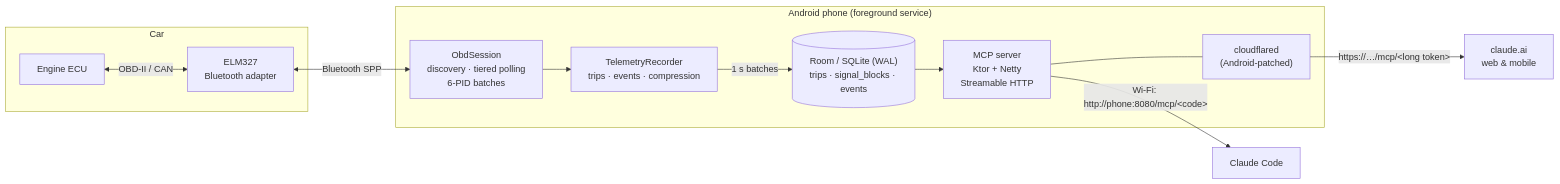
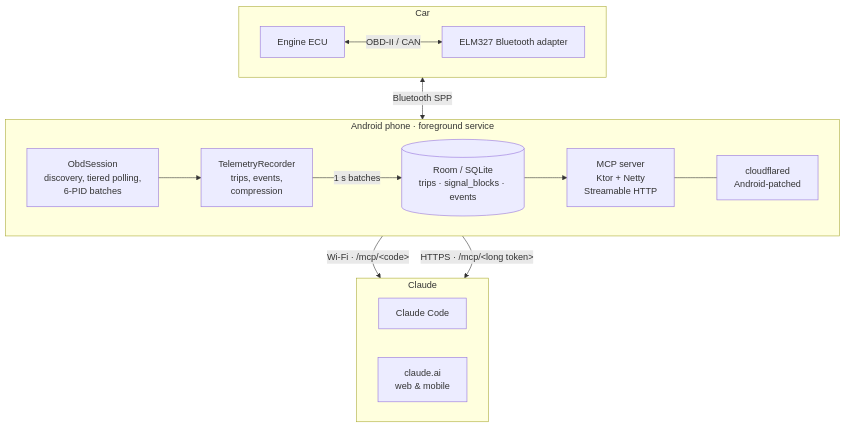
One commit to Shreyamkmr/AgenticCar changed the diagram in README.md. Above: the diagram before and after it, drawn with Mermaid. The commit also changed other lines of this file, not shown here.

Commit message:
README: readable top-down diagram, separate example questions

````diff
--- a/README.md
+++ b/README.md
@@ -55,23 +57,25 @@
 ```mermaid
-flowchart LR
+flowchart TB
     subgraph Car
-        ECU[Engine ECU]
-        ELM[ELM327<br/>Bluetooth adapter]
-        ECU <-->|OBD-II / CAN| ELM
+        direction LR
+        ECU[Engine ECU] <-->|OBD-II / CAN| ELM[ELM327 Bluetooth adapter]
     end
 
-    subgraph Phone["Android phone (foreground service)"]
-        SES["ObdSession<br/>discovery · tiered polling<br/>6-PID batches"]
-        REC["TelemetryRecorder<br/>trips · events · compression"]
-        DB[("Room / SQLite (WAL)<br/>trips · signal_blocks · events")]
-        MCP["MCP server<br/>Ktor + Netty<br/>Streamable HTTP"]
-        CF["cloudflared<br/>(Android-patched)"]
-        SES --> REC -->|1 s batches| DB
-        DB --> MCP
-        MCP --- CF
+    subgraph Phone["Android phone · foreground service"]
+        direction LR
+        SES["ObdSession<br/>discovery, tiered polling,<br/>6-PID batches"] --> REC["TelemetryRecorder<br/>trips, events,<br/>compression"]
+        REC -->|1 s batches| DB[("Room / SQLite<br/>trips · signal_blocks · events")]
+        DB --> MCP["MCP server<br/>Ktor + Netty<br/>Streamable HTTP"]
+        MCP --- CF["cloudflared<br/>Android-patched"]
+    end
+
+    subgraph Clients["Claude"]
+        direction LR
+        CC[Claude Code]
+        WEB["claude.ai<br/>web #amp; mobile"]
     end
 
     ELM <-->|Bluetooth SPP| SES
-    MCP -->|"Wi-Fi: http://phone:8080/mcp/#lt;code#gt;"| CC[Claude Code]
-    CF -->|"https://…/mcp/#lt;long token#gt;"| WEB["claude.ai<br/>web #amp; mobile"]
+    MCP -->|"Wi-Fi · /mcp/#lt;code#gt;"| CC
+    CF -->|"HTTPS · /mcp/#lt;long token#gt;"| WEB
 ```
````
